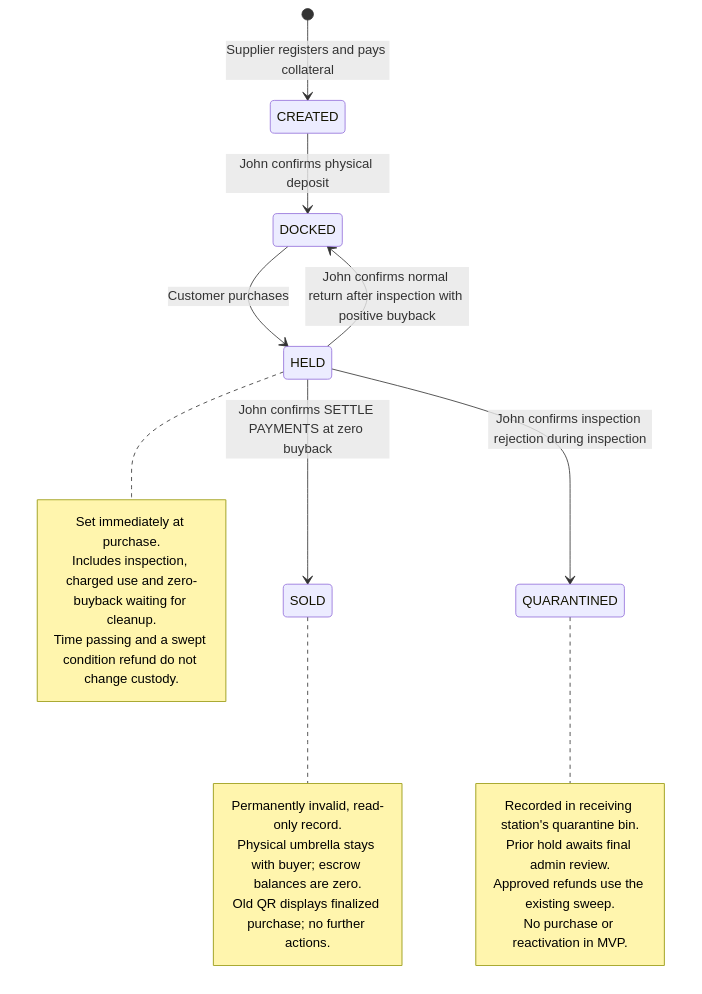
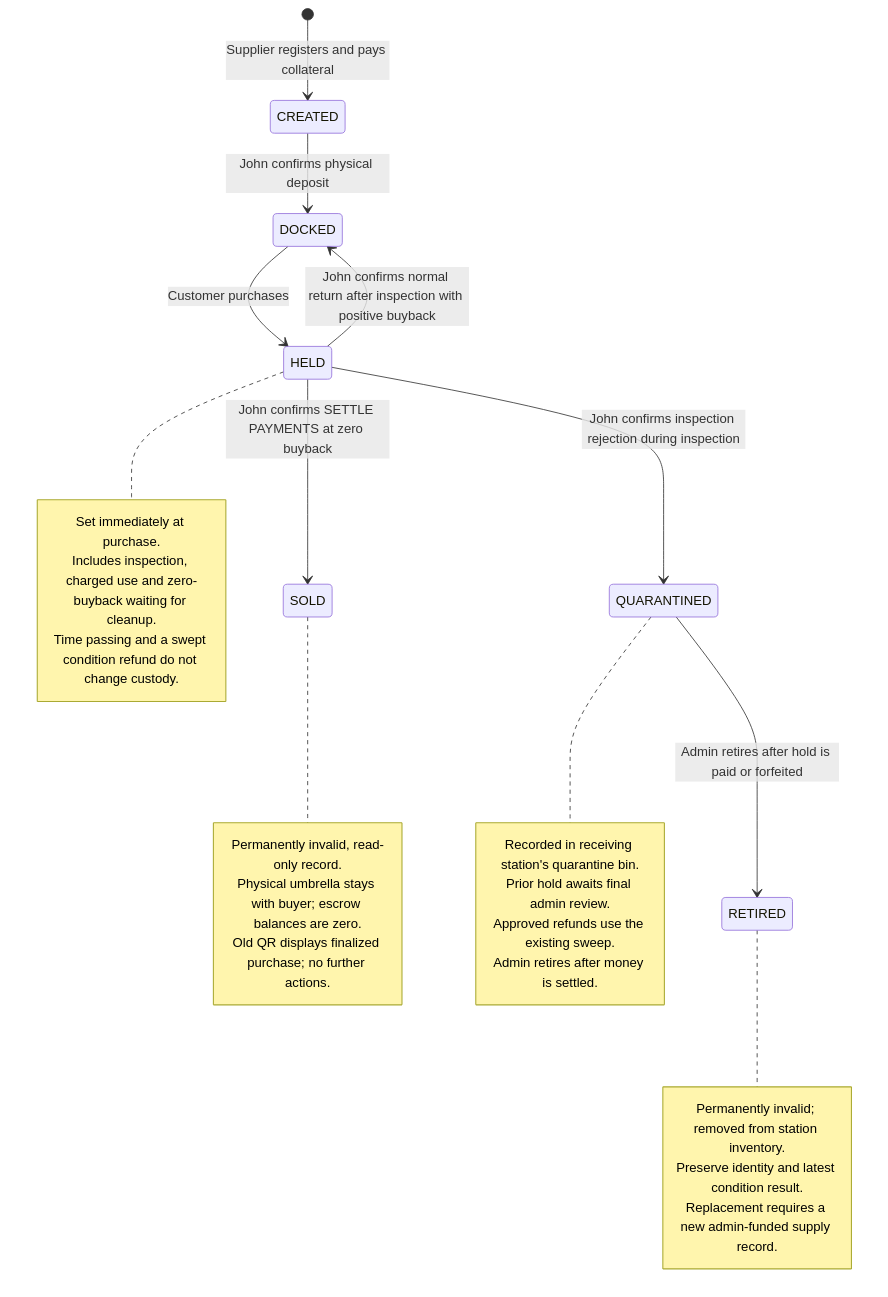
Before and after one commit to towa-hi/sui-kirisame: the eighth of 10 diagrams in docs/project-flows.md, drawn with Mermaid. The commit also changed other lines of this file and 4 other files, not shown here.

Commit message:
revised admin responsibility for quarantined umbrellas

````diff
--- a/docs/project-flows.md
+++ b/docs/project-flows.md
@@ -199,26 +199,32 @@
 ```mermaid
 stateDiagram-v2
     [*] --> CREATED: Supplier registers and pays collateral
     CREATED --> DOCKED: John confirms physical deposit
     DOCKED --> HELD: Customer purchases
     HELD --> QUARANTINED: John confirms inspection rejection during inspection
     HELD --> DOCKED: John confirms normal return after inspection with positive buyback
     HELD --> SOLD: John confirms SETTLE PAYMENTS at zero buyback
+    QUARANTINED --> RETIRED: Admin retires after hold is paid or forfeited
 
     note right of HELD
         Set immediately at purchase.
         Includes inspection, charged use and zero-buyback waiting for cleanup.
         Time passing and a swept condition refund do not change custody.
     end note
     note right of SOLD
         Permanently invalid, read-only record.
         Physical umbrella stays with buyer; escrow balances are zero.
         Old QR displays finalized purchase; no further actions.
     end note
     note right of QUARANTINED
         Recorded in receiving station's quarantine bin.
         Prior hold awaits final admin review.
         Approved refunds use the existing sweep.
-        No purchase or reactivation in MVP.
+        Admin retires after money is settled.
+    end note
+    note right of RETIRED
+        Permanently invalid; removed from station inventory.
+        Preserve identity and latest condition result.
+        Replacement requires a new admin-funded supply record.
     end note
 ```
````
